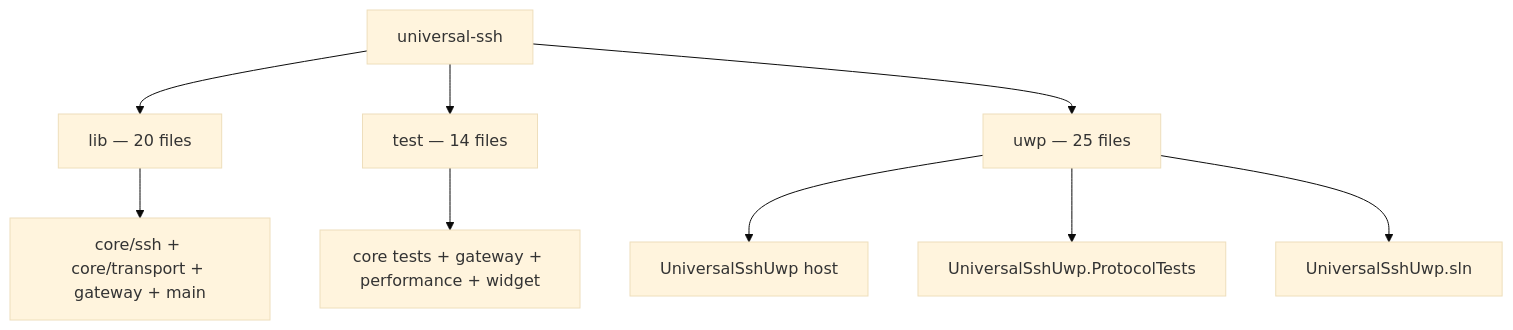
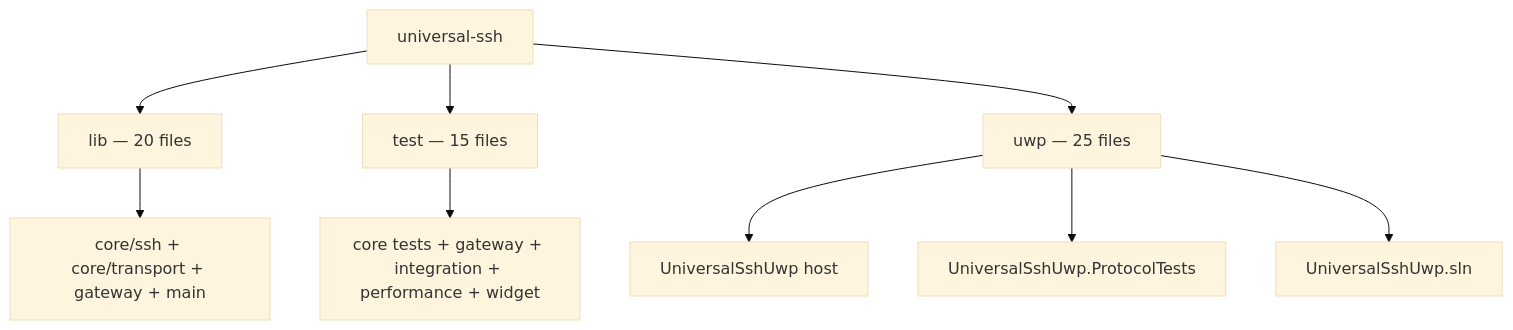
One commit to aloisiocosta-prof/universal-ssh changed the diagram in docs/architecture/files.md. Above: the diagram before and after it, drawn with Mermaid (base theme). The commit also changed other lines of this file and 2 other files, not shown here.

Commit message:
test(ssh): exercise MVP flow against ephemeral OpenSSH

````diff
--- a/docs/architecture/files.md
+++ b/docs/architecture/files.md
@@ -9,12 +9,12 @@
 ```mermaid
 flowchart TB
   R[universal-ssh]
   R --> L[lib — 20 files]
-  R --> T[test — 14 files]
+  R --> T[test — 15 files]
   R --> U[uwp — 25 files]
   L --> LC[core/ssh + core/transport + gateway + main]
-  T --> TC[core tests + gateway + performance + widget]
+  T --> TC[core tests + gateway + integration + performance + widget]
   U --> UH[UniversalSshUwp host]
   U --> UT[UniversalSshUwp.ProtocolTests]
   U --> US[UniversalSshUwp.sln]
 ```
````
